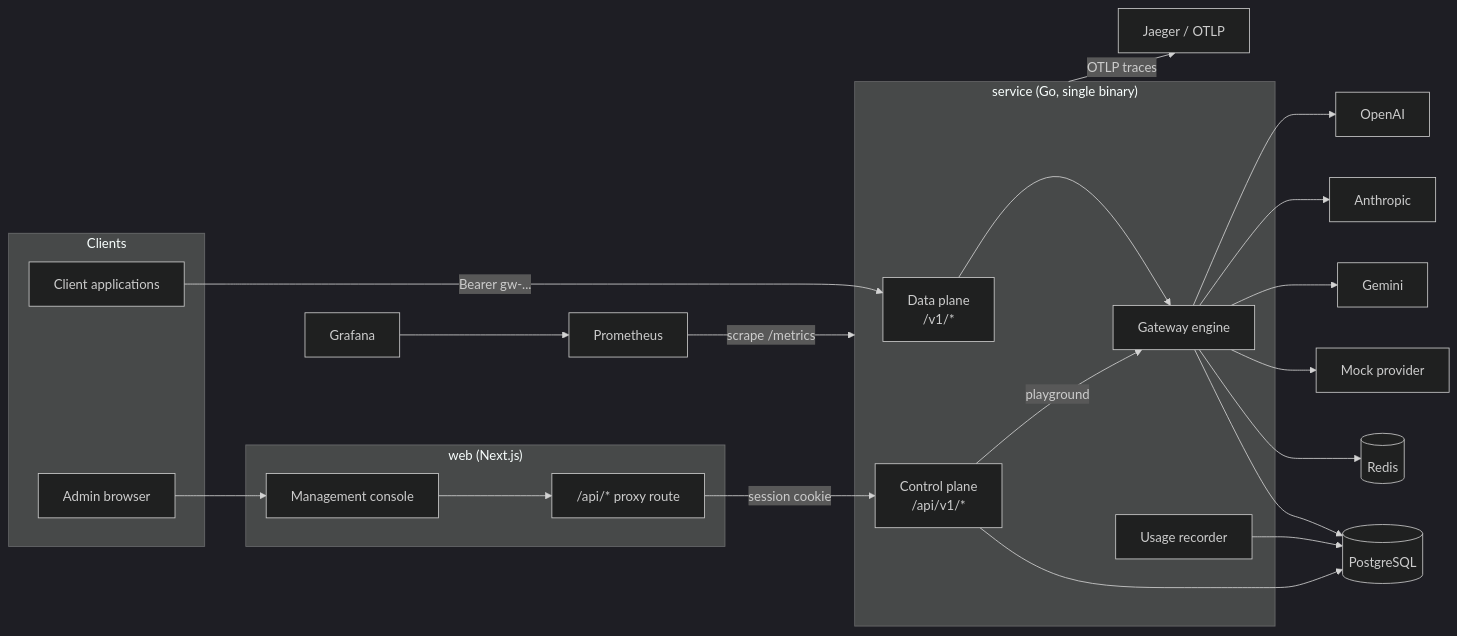
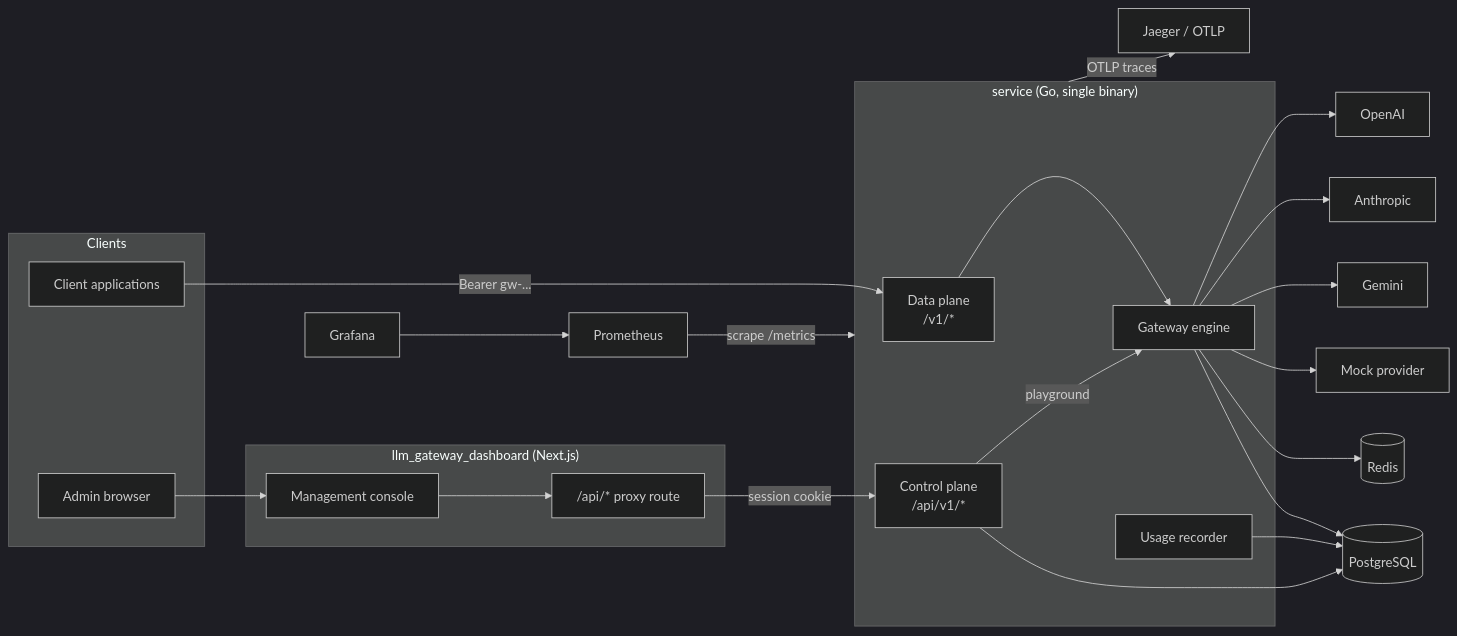
Before and after one commit to kzncod-e/llm_gateway_v2: the first of 5 diagrams in docs/SYSTEM_ARCHITECTURE.md, drawn with Mermaid (dark theme). The commit also changed other lines of this file and 115 other files, not shown here.

````diff
--- a/docs/SYSTEM_ARCHITECTURE.md
+++ b/docs/SYSTEM_ARCHITECTURE.md
@@ -5,42 +5,42 @@
 ```mermaid
 flowchart LR
   subgraph Clients
     App[Client applications]
     Browser[Admin browser]
   end
 
-  subgraph Console["web (Next.js)"]
+  subgraph Console["llm_gateway_dashboard (Next.js)"]
     UI[Management console]
     BFF["/api/* proxy route"]
   end
 
   subgraph GW["service (Go, single binary)"]
     DP["Data plane<br/>/v1/*"]
     CP["Control plane<br/>/api/v1/*"]
     Engine[Gateway engine]
     Recorder[Usage recorder]
   end
 
   PG[(PostgreSQL)]
   RD[(Redis)]
   OAI[OpenAI]
   ANT[Anthropic]
   GEM[Gemini]
   MOCK[Mock provider]
   PROM[Prometheus]
   GRAF[Grafana]
   JAEGER[Jaeger / OTLP]
 
   App -- "Bearer gw-..." --> DP
   Browser --> UI --> BFF -- "session cookie" --> CP
   DP --> Engine
   CP -- playground --> Engine
   Engine --> OAI & ANT & GEM & MOCK
   Engine --> RD
   Engine --> PG
   Recorder --> PG
   CP --> PG
   PROM -- "scrape /metrics" --> GW
   GRAF --> PROM
   GW -- OTLP traces --> JAEGER
 ```
````
